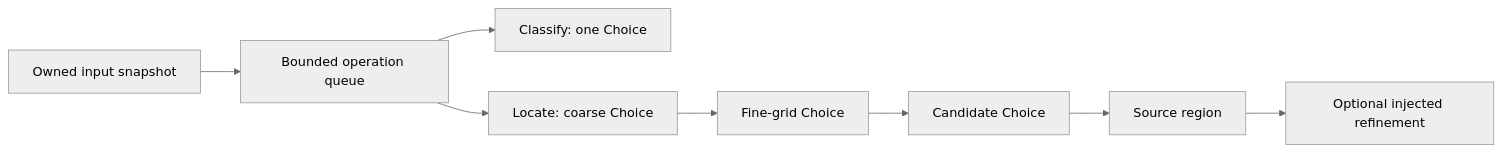
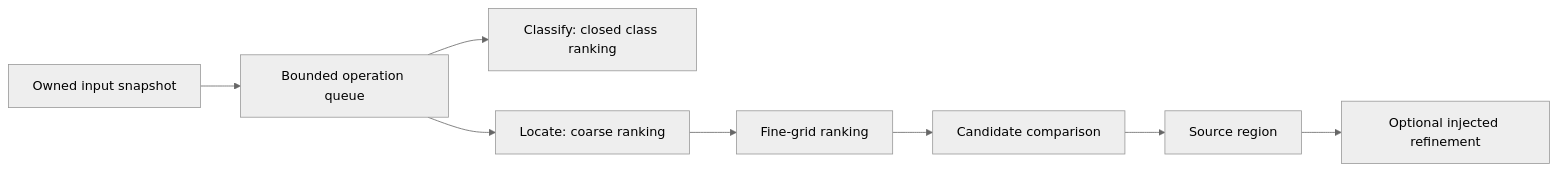
The diagram in docs/architecture.md (zoomplus/zorya-classifier), drawn with Mermaid (neutral theme) before and after one commit. The commit also changed other lines of this file and 62 other files, not shown here.

````diff
--- a/docs/architecture.md
+++ b/docs/architecture.md
@@ -5,10 +5,10 @@
 ```mermaid
 flowchart LR
   I[Owned input snapshot] --> G[Bounded operation queue]
-  G --> C[Classify: one Choice]
-  G --> L[Locate: coarse Choice]
-  L --> F[Fine-grid Choice]
-  F --> V[Candidate Choice]
+  G --> C[Classify: closed class ranking]
+  G --> L[Locate: coarse ranking]
+  L --> F[Fine-grid ranking]
+  F --> V[Candidate comparison]
   V --> R[Source region]
   R --> O[Optional injected refinement]
 ```
````
